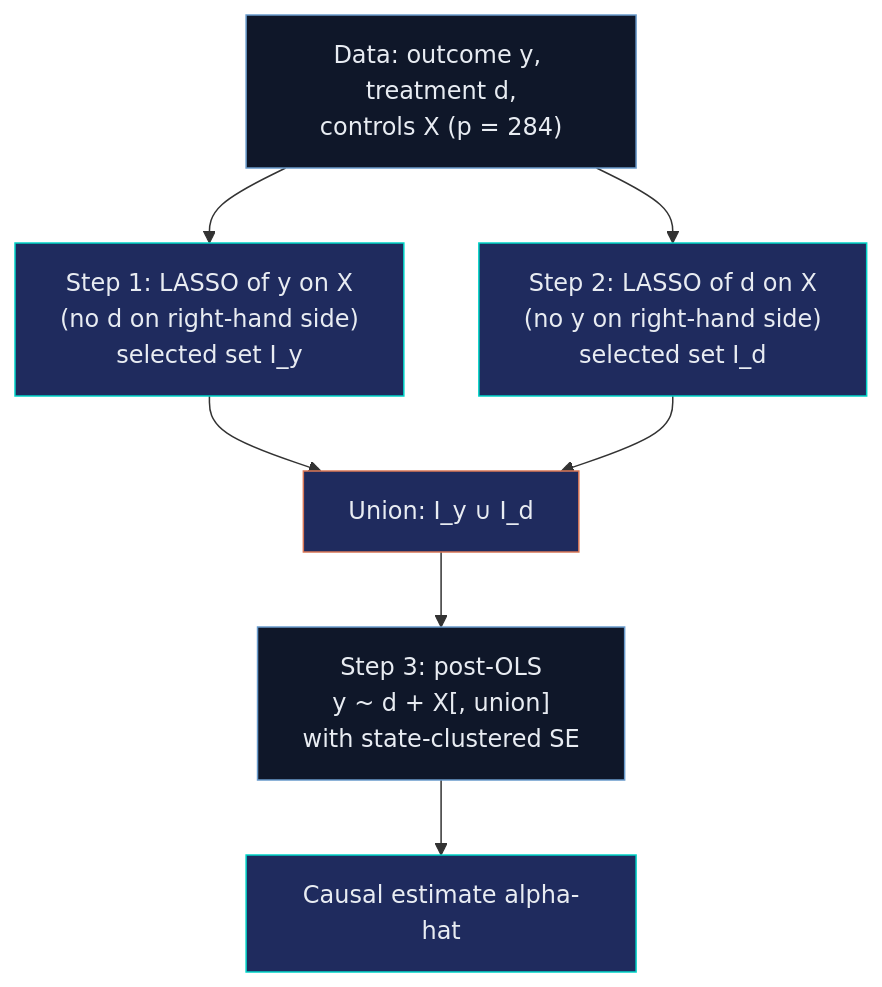
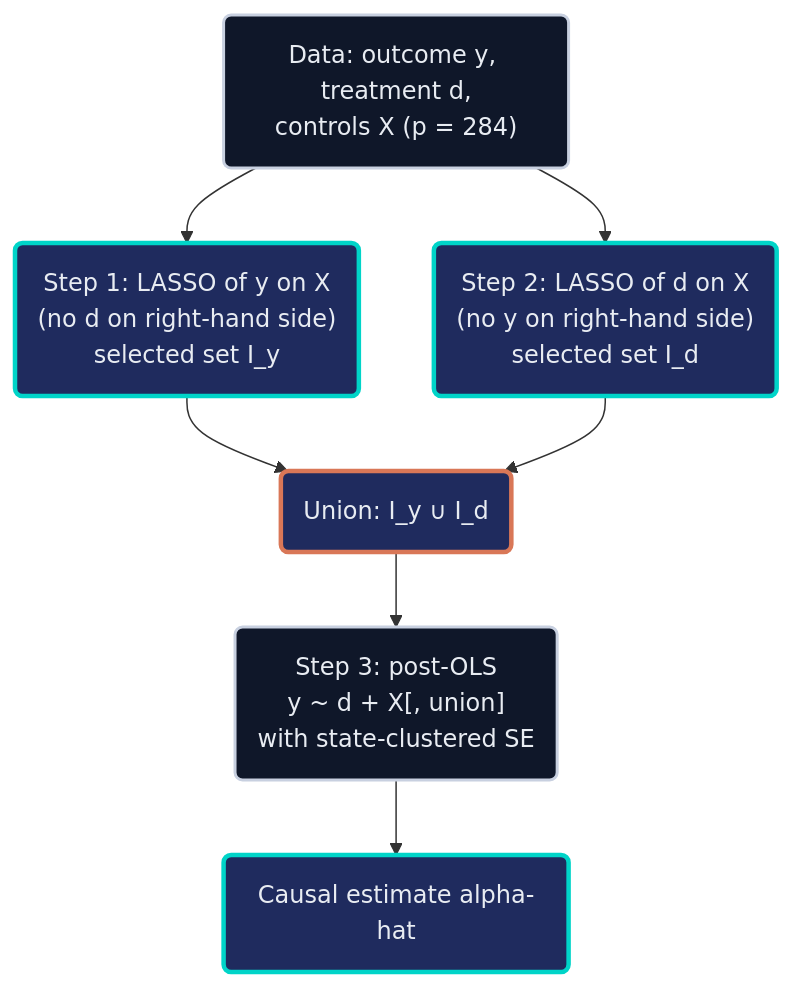
Before and after one commit to cmg777/starter-academic-v501: the first of 2 diagrams in content/post/r_double_lasso/index.md, drawn with Mermaid. The commit also changed other lines of this file and 13 other files, not shown here.

First line of the commit message:
content(mermaid): restyle flowcharts in R posts

````diff
--- a/content/post/r_double_lasso/index.md
+++ b/content/post/r_double_lasso/index.md
@@ -369,15 +369,15 @@
 ```mermaid
 flowchart TD
-    A["Data: outcome y, treatment d,<br/>controls X (p = 284)"] --> B["Step 1: LASSO of y on X<br/>(no d on right-hand side)<br/>selected set I_y"]
-    A --> C["Step 2: LASSO of d on X<br/>(no y on right-hand side)<br/>selected set I_d"]
-    B --> D["Union: I_y &cup; I_d"]
+    A("Data: outcome y, treatment d,<br/>controls X (p = 284)") --> B("Step 1: LASSO of y on X<br/>(no d on right-hand side)<br/>selected set I_y")
+    A --> C("Step 2: LASSO of d on X<br/>(no y on right-hand side)<br/>selected set I_d")
+    B --> D("Union: I_y &cup; I_d")
     C --> D
-    D --> E["Step 3: post-OLS<br/>y ~ d + X[, union]<br/>with state-clustered SE"]
-    E --> F["Causal estimate alpha-hat"]
-    style A fill:#0f1729,stroke:#6a9bcc,color:#e8ecf2
-    style B fill:#1f2b5e,stroke:#00d4c8,color:#e8ecf2
-    style C fill:#1f2b5e,stroke:#00d4c8,color:#e8ecf2
-    style D fill:#1f2b5e,stroke:#d97757,color:#e8ecf2
-    style E fill:#0f1729,stroke:#6a9bcc,color:#e8ecf2
-    style F fill:#1f2b5e,stroke:#00d4c8,color:#e8ecf2
+    D --> E("Step 3: post-OLS<br/>y ~ d + X[, union]<br/>with state-clustered SE")
+    E --> F("Causal estimate alpha-hat")
+    classDef anchor fill:#0f1729,stroke:#c8d0e0,stroke-width:2px,color:#e8ecf2
+    classDef teal fill:#1f2b5e,stroke:#00d4c8,stroke-width:3px,color:#e8ecf2
+    classDef orange fill:#1f2b5e,stroke:#d97757,stroke-width:3px,color:#e8ecf2
+    class A,E anchor
+    class B,C,F teal
+    class D orange
 ```
````
